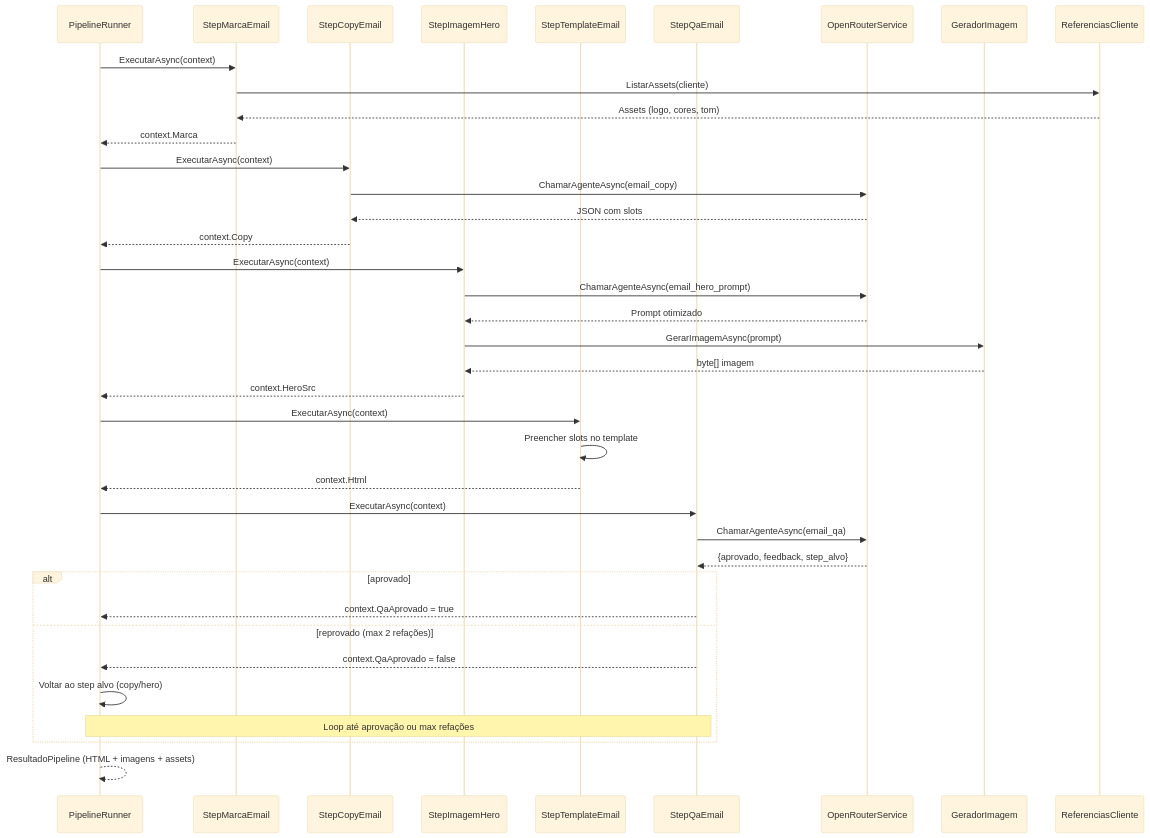
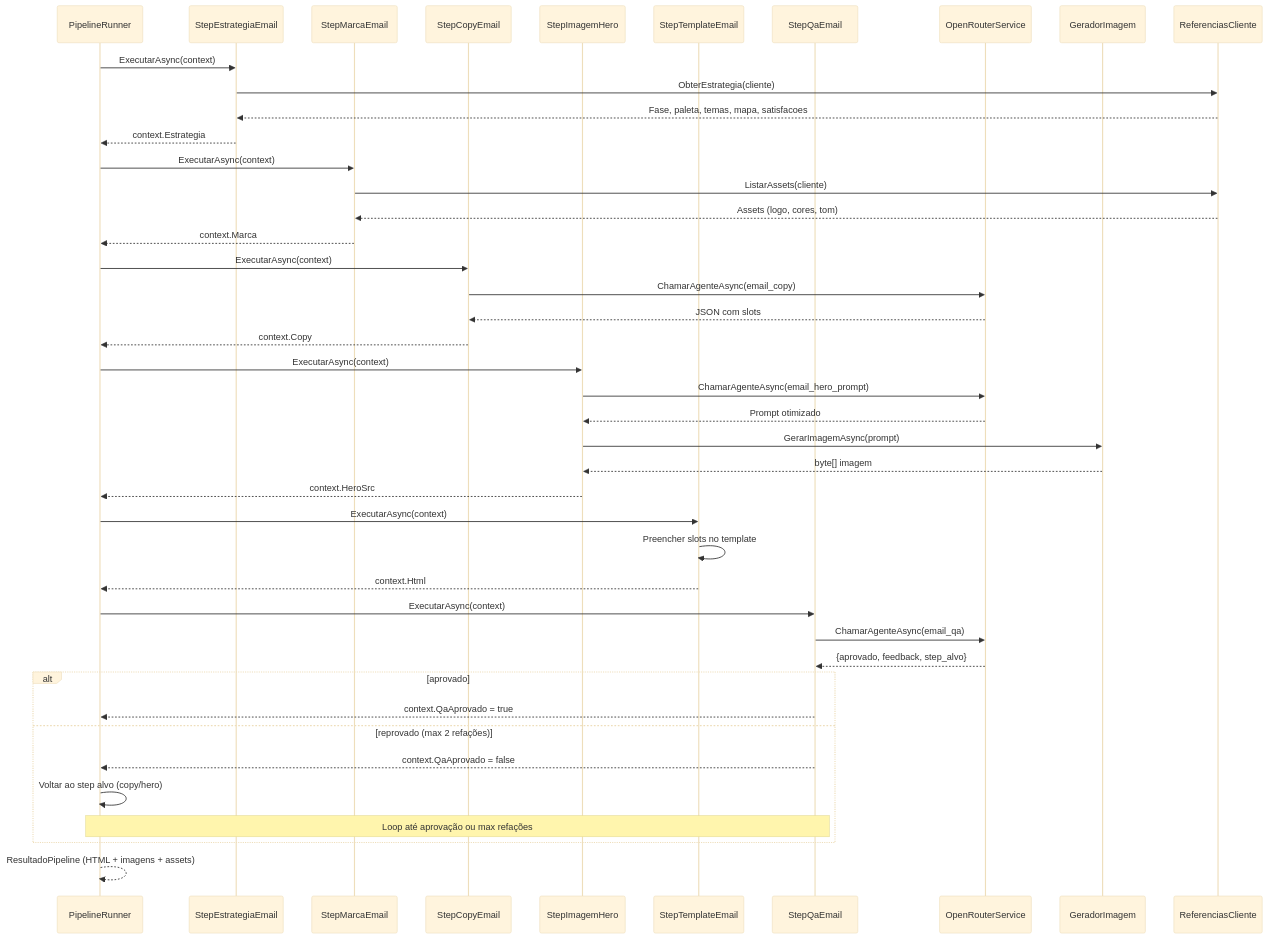
One commit to joaopedro-marques/suspira.fluxo.demo changed the third of 6 diagrams in docs/ARCHITECTURE.md. Above: the diagram before and after it, drawn with Mermaid (base theme). The commit also changed other lines of this file, not shown here.

First line of the commit message:
docs: ARCHITECTURE.md reflete estrategia de jornada no pipeline

````diff
--- a/docs/ARCHITECTURE.md
+++ b/docs/ARCHITECTURE.md
@@ -125,47 +132,53 @@
 ```mermaid
 sequenceDiagram
     participant PR as PipelineRunner
+    participant SE as StepEstrategiaEmail
     participant SM as StepMarcaEmail
     participant SC as StepCopyEmail
     participant SH as StepImagemHero
     participant ST as StepTemplateEmail
     participant SQ as StepQaEmail
     participant OR as OpenRouterService
     participant GI as GeradorImagem
     participant RC as ReferenciasCliente
+    
+    PR->>SE: ExecutarAsync(context)
+    SE->>RC: ObterEstrategia(cliente)
+    RC-->>SE: Fase, paleta, temas, mapa, satisfacoes
+    SE-->>PR: context.Estrategia
     
     PR->>SM: ExecutarAsync(context)
     SM->>RC: ListarAssets(cliente)
     RC-->>SM: Assets (logo, cores, tom)
     SM-->>PR: context.Marca
     
     PR->>SC: ExecutarAsync(context)
     SC->>OR: ChamarAgenteAsync(email_copy)
     OR-->>SC: JSON com slots
     SC-->>PR: context.Copy
     
     PR->>SH: ExecutarAsync(context)
     SH->>OR: ChamarAgenteAsync(email_hero_prompt)
     OR-->>SH: Prompt otimizado
     SH->>GI: GerarImagemAsync(prompt)
     GI-->>SH: byte[] imagem
     SH-->>PR: context.HeroSrc
     
     PR->>ST: ExecutarAsync(context)
     ST->>ST: Preencher slots no template
     ST-->>PR: context.Html
     
     PR->>SQ: ExecutarAsync(context)
     SQ->>OR: ChamarAgenteAsync(email_qa)
     OR-->>SQ: {aprovado, feedback, step_alvo}
     
     alt aprovado
         SQ-->>PR: context.QaAprovado = true
     else reprovado (max 2 refações)
         SQ-->>PR: context.QaAprovado = false
         PR->>PR: Voltar ao step alvo (copy/hero)
         Note over PR,SQ: Loop até aprovação ou max refações
     end
     
     PR-->>PR: ResultadoPipeline (HTML + imagens + assets)
 ```
````
